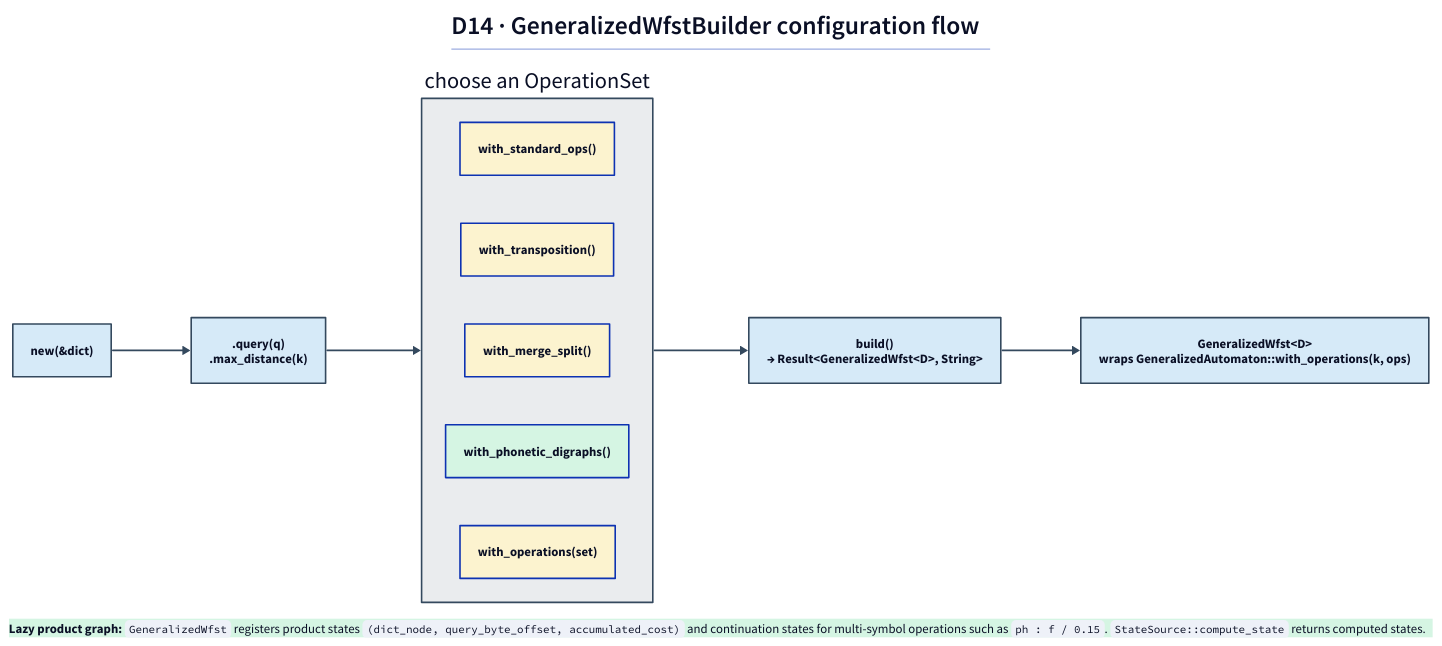
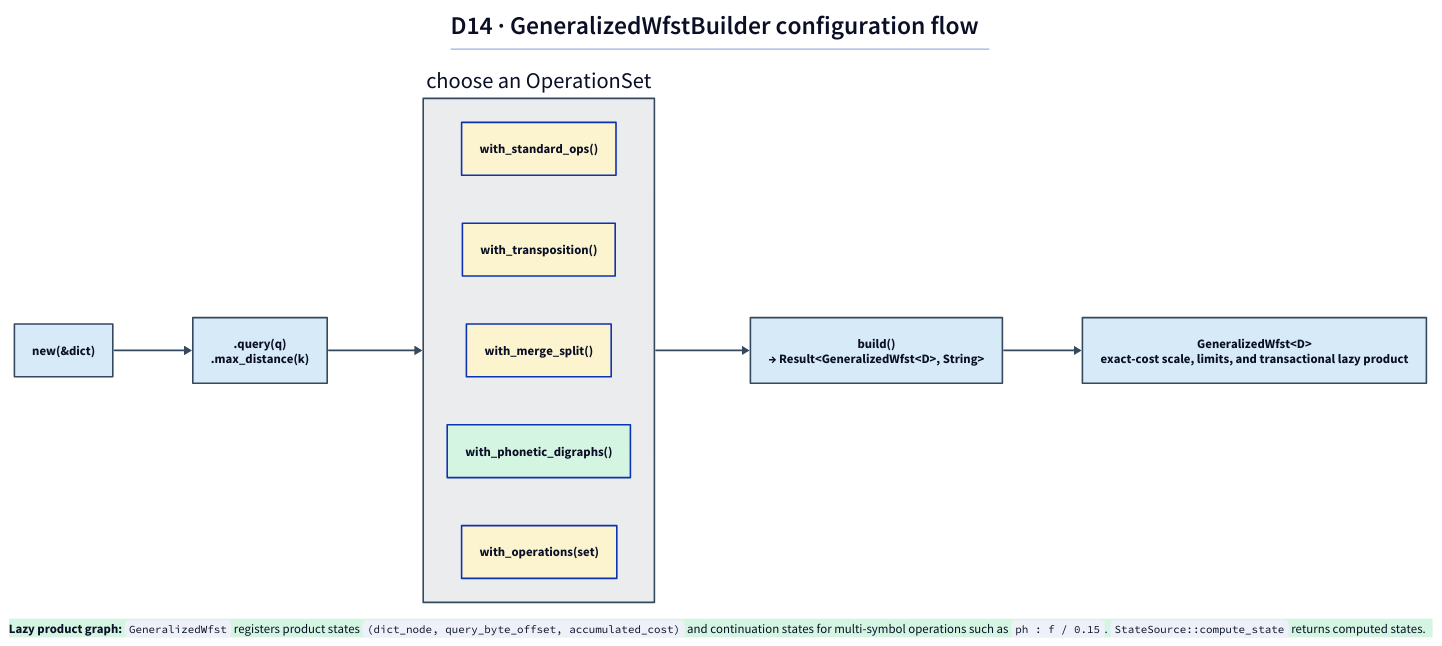
Before and after one commit to vinary-tree/duallity: the diagram in docs/diagrams/src/generalized-builder-flow.d2, drawn with D2. The commit also changed 31 other files, not shown here.

```diff
--- a/docs/diagrams/src/generalized-builder-flow.d2
+++ b/docs/diagrams/src/generalized-builder-flow.d2
@@ -1,32 +1,32 @@
 # D14 — GeneralizedWfstBuilder configuration flow.
 # Depicts: the fluent builder chain, the runtime-selectable OperationSet, and the lazy product graph.
 direction: right
 
 title: |md
   # D14 · GeneralizedWfstBuilder configuration flow
 | { near: top-center }
 
 new: "new(&dict)" { style.fill: "#D6EAF8"; style.stroke: "#34495E" }
 cfg: ".query(q)\n.max_distance(k)" { style.fill: "#D6EAF8"; style.stroke: "#34495E" }
 
 ops: "choose an OperationSet" {
   style.fill: "#EAECEE"; style.stroke: "#34495E"
   std: "with_standard_ops()" { style.fill: "#FCF3CF" }
   tr:  "with_transposition()" { style.fill: "#FCF3CF" }
   ms:  "with_merge_split()" { style.fill: "#FCF3CF" }
   ph:  "with_phonetic_digraphs()" { style.fill: "#D5F5E3" }
   custom: "with_operations(set)" { style.fill: "#FCF3CF" }
 }
 
 build: "build()\n→ Result<GeneralizedWfst<D>, String>" { style.fill: "#D6EAF8"; style.stroke: "#34495E" }
-wfst: "GeneralizedWfst<D>\nwraps GeneralizedAutomaton::with_operations(k, ops)" {
+wfst: "GeneralizedWfst<D>\nexact-cost scale, limits, and transactional lazy product" {
   style.fill: "#D6EAF8"; style.stroke: "#34495E"
 }
 
 new -> cfg -> ops -> build -> wfst { style.stroke: "#34495E" }
 
 product: |md
   **Lazy product graph:** `GeneralizedWfst` registers product states
   `(dict_node, query_byte_offset, accumulated_cost)` and continuation states for multi-symbol
   operations such as `ph : f / 0.15`. `StateSource::compute_state` returns computed states.
 | { near: bottom-center; style.fill: "#D5F5E3"; style.stroke: "#229954" }
```
